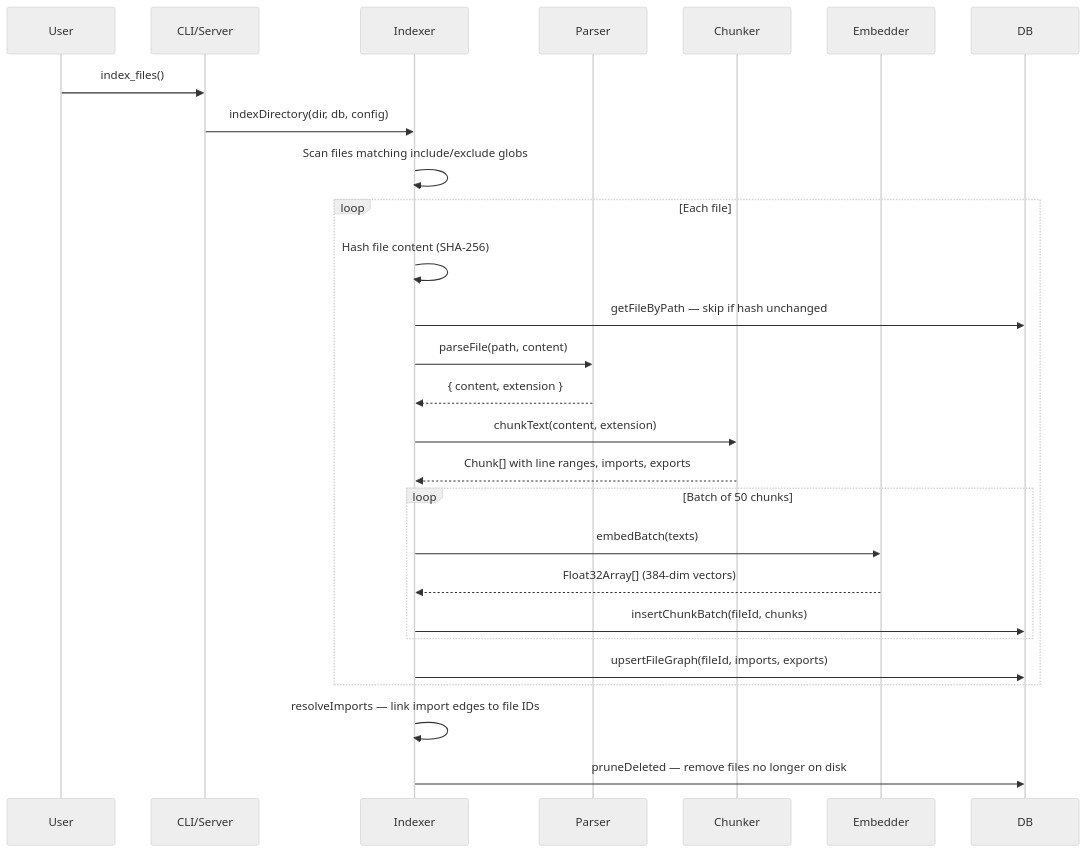
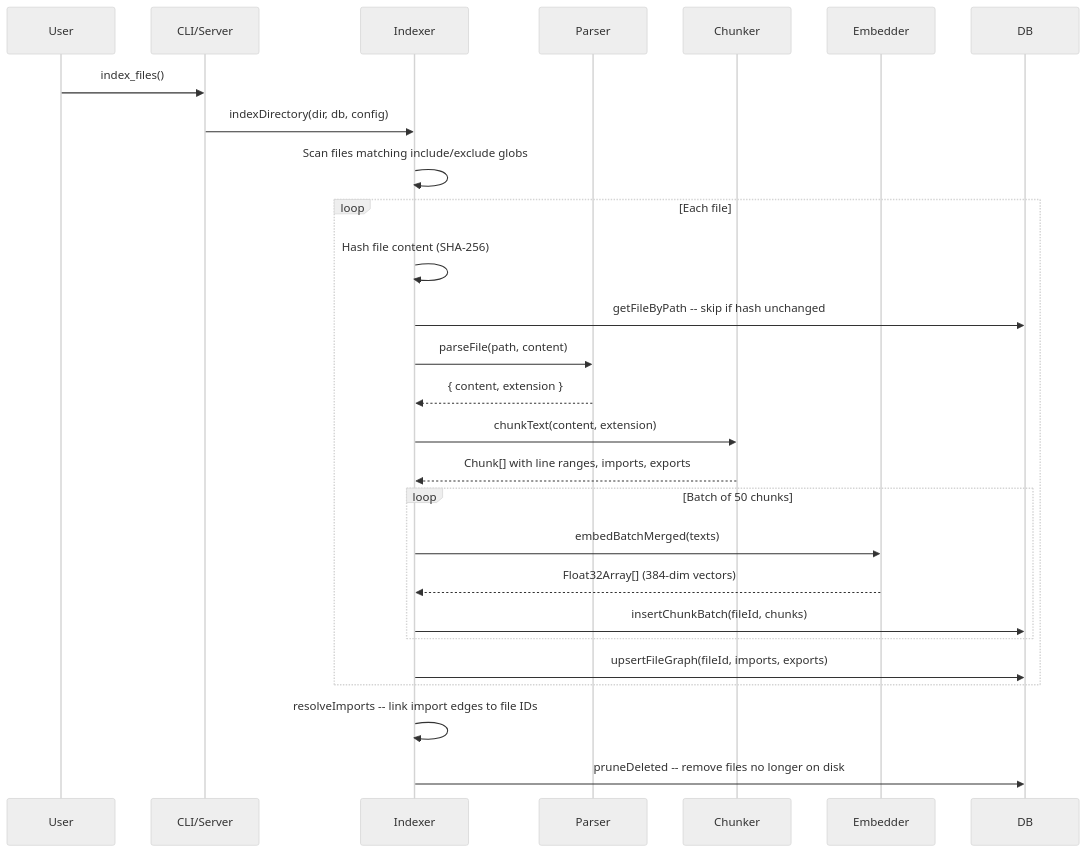
The first of 3 diagrams in wiki/data-flow.md (TheWinci/mimirs), drawn with Mermaid (neutral theme) before and after one commit. The commit also changed other lines of this file and 27 other files, not shown here.

````diff
--- a/wiki/data-flow.md
+++ b/wiki/data-flow.md
@@ -11,30 +15,30 @@
 ```mermaid
 sequenceDiagram
     participant User
-    participant CLI/Server
+    participant CLI_Server as CLI/Server
     participant Indexer
     participant Parser
     participant Chunker
     participant Embedder
     participant DB
 
-    User->>CLI/Server: index_files()
-    CLI/Server->>Indexer: indexDirectory(dir, db, config)
+    User->>CLI_Server: index_files()
+    CLI_Server->>Indexer: indexDirectory(dir, db, config)
     Indexer->>Indexer: Scan files matching include/exclude globs
     loop Each file
         Indexer->>Indexer: Hash file content (SHA-256)
-        Indexer->>DB: getFileByPath — skip if hash unchanged
+        Indexer->>DB: getFileByPath -- skip if hash unchanged
         Indexer->>Parser: parseFile(path, content)
         Parser-->>Indexer: { content, extension }
         Indexer->>Chunker: chunkText(content, extension)
         Chunker-->>Indexer: Chunk[] with line ranges, imports, exports
         loop Batch of 50 chunks
-            Indexer->>Embedder: embedBatch(texts)
+            Indexer->>Embedder: embedBatchMerged(texts)
             Embedder-->>Indexer: Float32Array[] (384-dim vectors)
             Indexer->>DB: insertChunkBatch(fileId, chunks)
         end
         Indexer->>DB: upsertFileGraph(fileId, imports, exports)
     end
-    Indexer->>Indexer: resolveImports — link import edges to file IDs
-    Indexer->>DB: pruneDeleted — remove files no longer on disk
+    Indexer->>Indexer: resolveImports -- link import edges to file IDs
+    Indexer->>DB: pruneDeleted -- remove files no longer on disk
 ```
````
